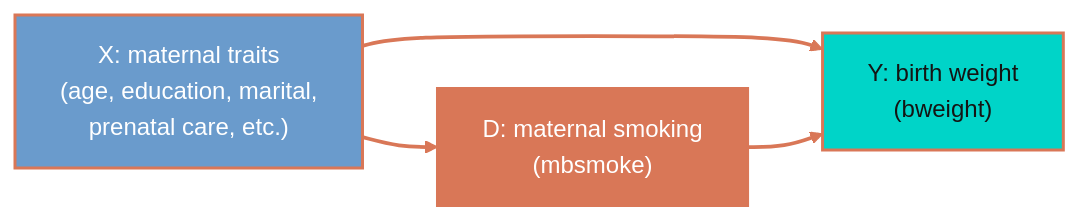
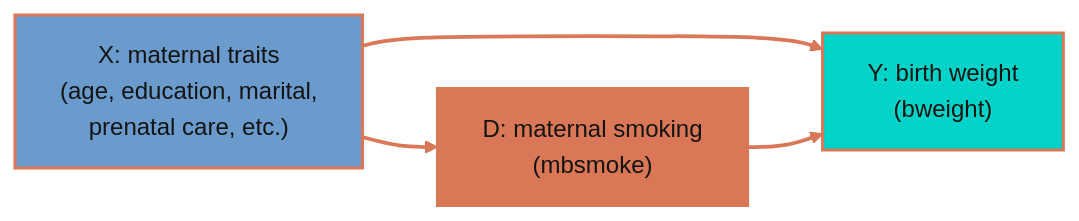
Before and after one commit to cmg777/starter-academic-v501: the first of 4 diagrams in content/post/stata_matching/index.md, drawn with Mermaid (base theme). The commit also changed other lines of this file and 67 other files, not shown here.

First line of the commit message:
fix(mermaid): readable diagram text in both themes across the site

````diff
--- a/content/post/stata_matching/index.md
+++ b/content/post/stata_matching/index.md
@@ -248,10 +248,10 @@
 ```mermaid
 flowchart LR
     X["X: maternal traits<br/>(age, education, marital,<br/>prenatal care, etc.)"] --> D["D: maternal smoking<br/>(mbsmoke)"]
     X --> Y["Y: birth weight<br/>(bweight)"]
     D --> Y
-    style X fill:#6a9bcc,stroke:#d97757,stroke-width:2px,color:#fff
-    style D fill:#d97757,stroke:#d97757,stroke-width:2px,color:#fff
+    style X fill:#6a9bcc,stroke:#d97757,stroke-width:2px,color:#141413
+    style D fill:#d97757,stroke:#d97757,stroke-width:2px,color:#141413
     style Y fill:#00d4c8,stroke:#d97757,stroke-width:2px,color:#141413
     linkStyle 0,1,2 stroke:#d97757,stroke-width:2.5px
 ```
````
